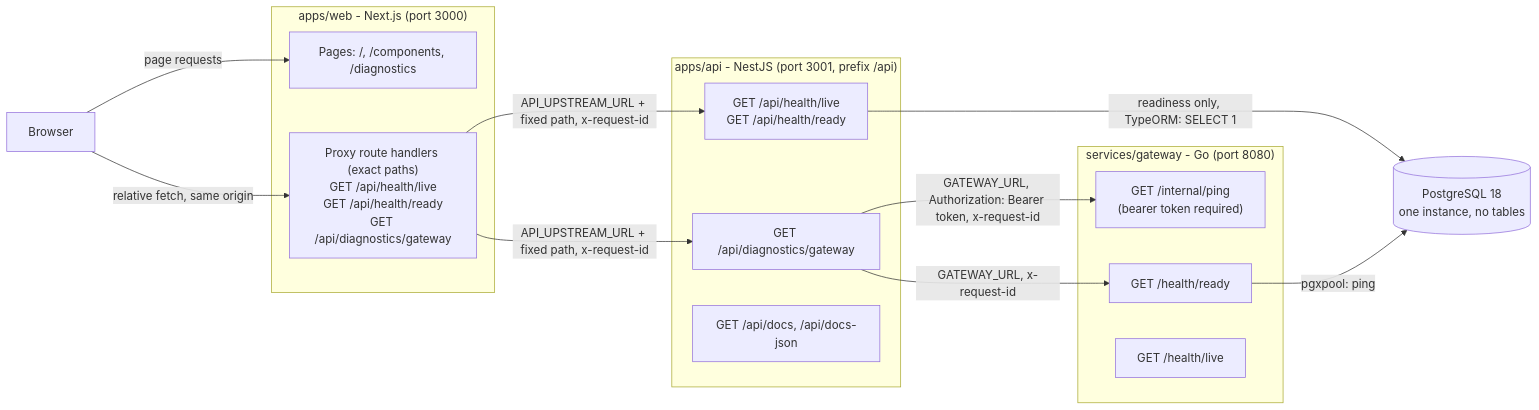
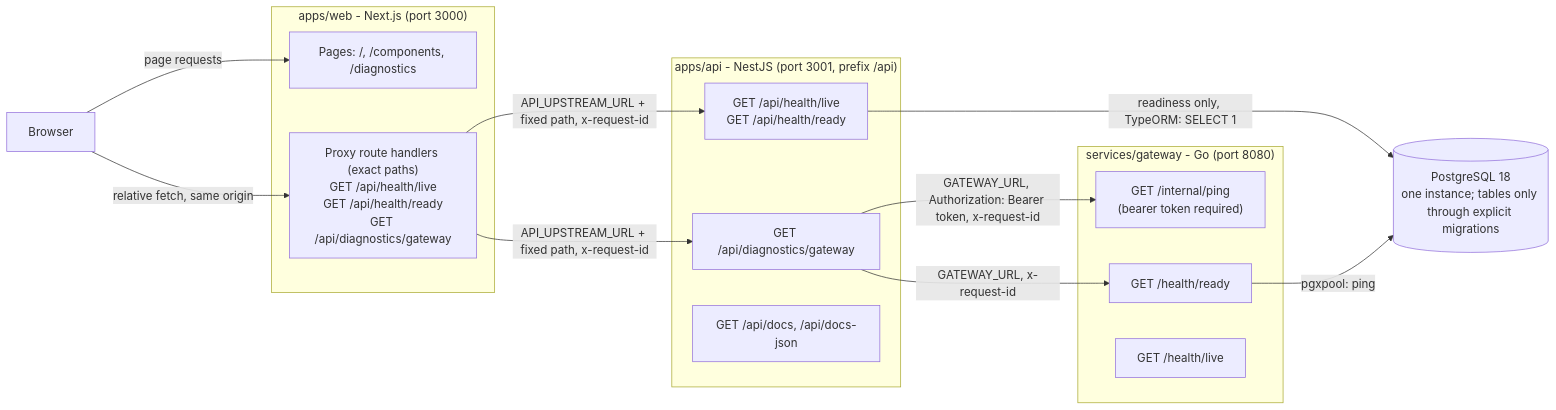
The diagram in docs/architecture.md (ataege/ai-control-layer), drawn with Mermaid before and after one commit. The commit also changed other lines of this file and 7 other files, not shown here.

First line of the commit message:
API-31, SH-43: Add the control catalog entities and their app-schema migration

````diff
--- a/docs/architecture.md
+++ b/docs/architecture.md
@@ -11,32 +11,32 @@
 ```mermaid
 flowchart LR
     browser["Browser"]
 
     subgraph web["apps/web - Next.js (port 3000)"]
         pages["Pages: /, /components, /diagnostics"]
         proxy["Proxy route handlers (exact paths)<br/>GET /api/health/live<br/>GET /api/health/ready<br/>GET /api/diagnostics/gateway"]
     end
 
     subgraph api["apps/api - NestJS (port 3001, prefix /api)"]
         apiHealth["GET /api/health/live<br/>GET /api/health/ready"]
         apiDiagnostics["GET /api/diagnostics/gateway"]
         apiDocs["GET /api/docs, /api/docs-json"]
     end
 
     subgraph gateway["services/gateway - Go (port 8080)"]
         gatewayPing["GET /internal/ping<br/>(bearer token required)"]
         gatewayReady["GET /health/ready"]
         gatewayLive["GET /health/live"]
     end
 
-    postgres[("PostgreSQL 18<br/>one instance, no tables")]
+    postgres[("PostgreSQL 18<br/>one instance; tables only through explicit migrations")]
 
     browser -->|"page requests"| pages
     browser -->|"relative fetch, same origin"| proxy
     proxy -->|"API_UPSTREAM_URL + fixed path, x-request-id"| apiHealth
     proxy -->|"API_UPSTREAM_URL + fixed path, x-request-id"| apiDiagnostics
     apiDiagnostics -->|"GATEWAY_URL, Authorization: Bearer token, x-request-id"| gatewayPing
     apiDiagnostics -->|"GATEWAY_URL, x-request-id"| gatewayReady
     apiHealth -->|"readiness only, TypeORM: SELECT 1"| postgres
     gatewayReady -->|"pgxpool: ping"| postgres
 ```
````
